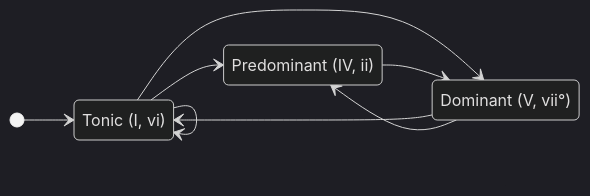
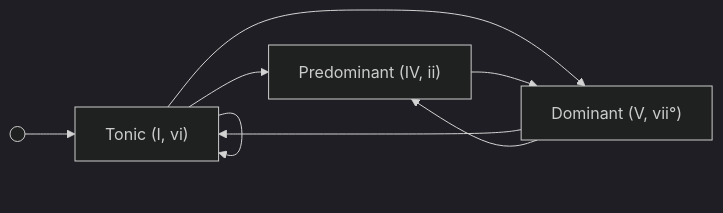
Before and after one commit to blebleblee/synapse: the first of 3 diagrams in topics/arts/composition/music_theory/lesson_03_chord_progressions.md, drawn with Mermaid (dark theme). The commit also changed 1464 other files, not shown here.

Commit message:
feat(release): curriculum vector mermaid upgrade, render hardening, and master synpack

````diff
--- a/topics/arts/composition/music_theory/lesson_03_chord_progressions.md
+++ b/topics/arts/composition/music_theory/lesson_03_chord_progressions.md
@@ -19,15 +19,15 @@
 ```mermaid
-stateDiagram-v2
-    direction LR
-    state "Tonic (I, vi)" as T
-    state "Predominant (IV, ii)" as PD
-    state "Dominant (V, vii°)" as D
+flowchart LR
+    Start((" "))
+    T["Tonic (I, vi)"]
+    PD["Predominant (IV, ii)"]
+    D["Dominant (V, vii°)"]
 
-    [*] --> T
+    Start --> T
     T --> PD
     T --> D
     PD --> D
     D --> T
     D --> PD
     T --> T
 ```
````
